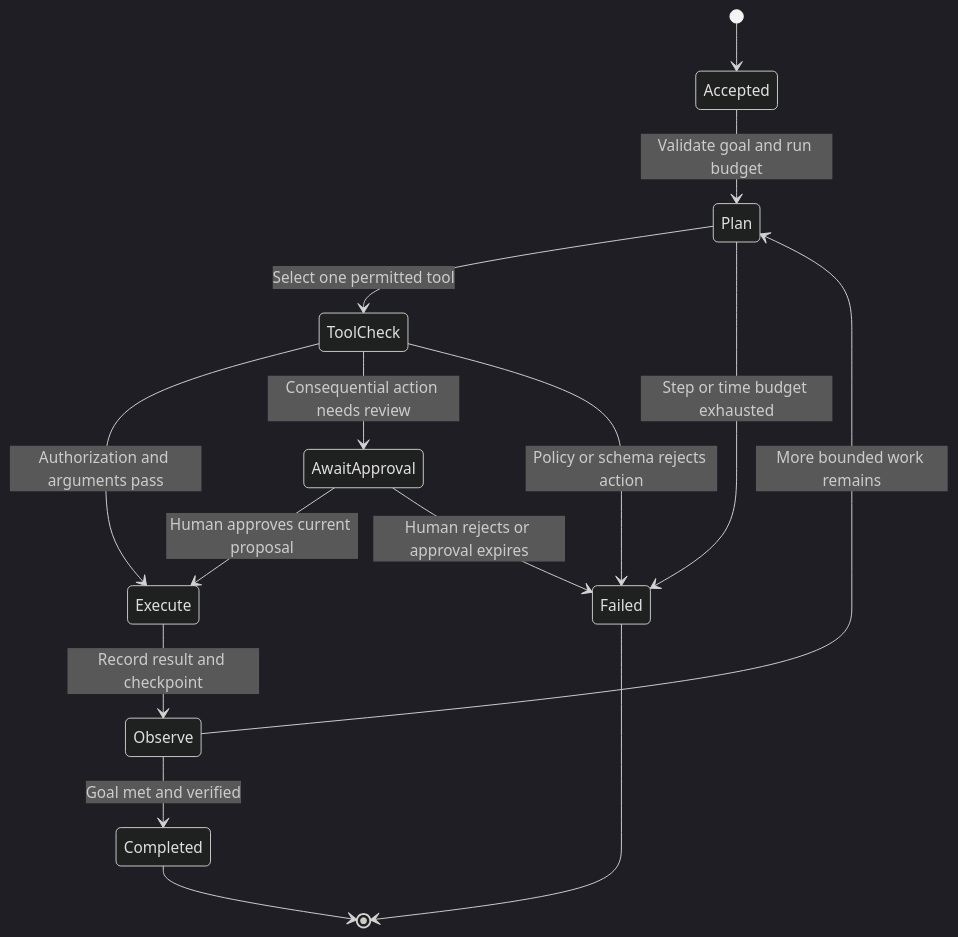
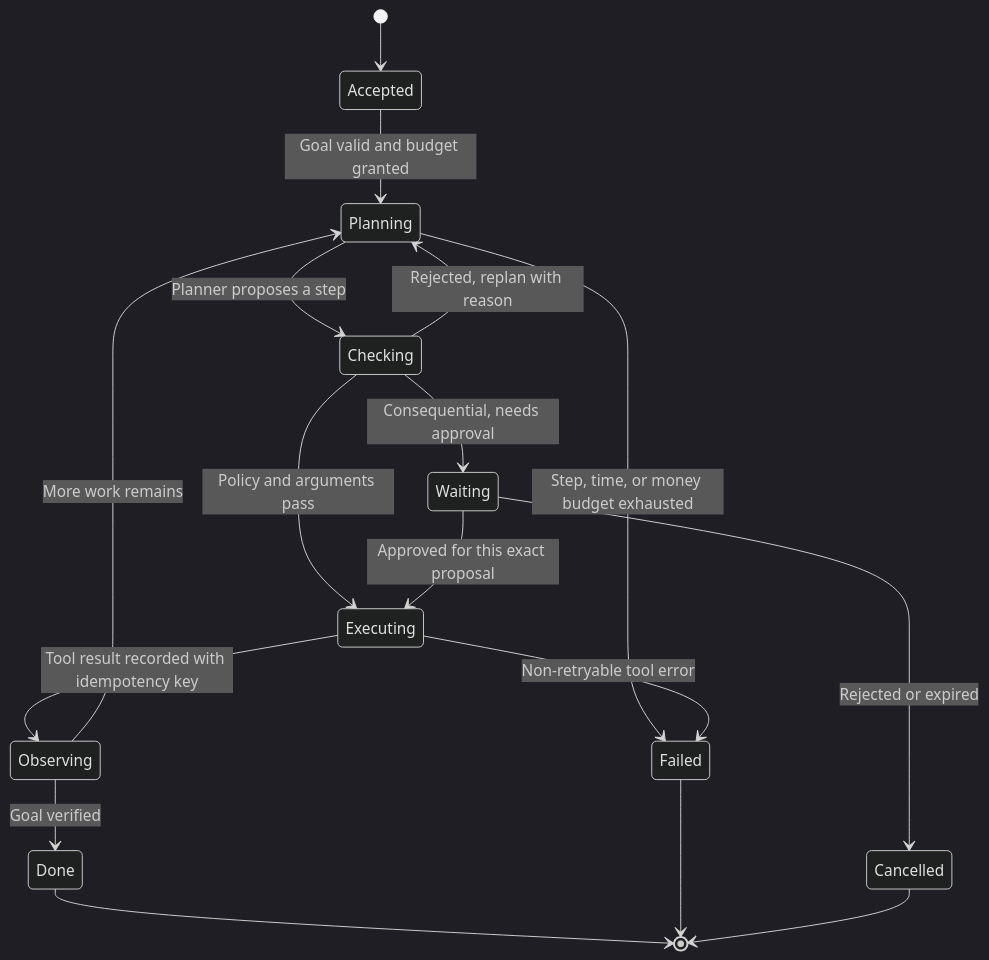
Before and after one commit to joydasss/Architect: the tenth of 20 diagrams in 17_AI_Architecture/CH03_Reference_Architectures_for_Predictive_Generative_and_Agentic_Systems.md, drawn with Mermaid (dark theme). The commit also changed other lines of this file and 295 other files, not shown here.

````diff
--- a/17_AI_Architecture/CH03_Reference_Architectures_for_Predictive_Generative_and_Agentic_Systems.md
+++ b/17_AI_Architecture/CH03_Reference_Architectures_for_Predictive_Generative_and_Agentic_Systems.md
@@ -80,17 +774,19 @@
 ```mermaid
 stateDiagram-v2
     [*] --> Accepted
-    Accepted --> Plan: Validate goal and run budget
-    Plan --> ToolCheck: Select one permitted tool
-    ToolCheck --> Execute: Authorization and arguments pass
-    ToolCheck --> AwaitApproval: Consequential action needs review
-    ToolCheck --> Failed: Policy or schema rejects action
-    AwaitApproval --> Execute: Human approves current proposal
-    AwaitApproval --> Failed: Human rejects or approval expires
-    Execute --> Observe: Record result and checkpoint
-    Observe --> Plan: More bounded work remains
-    Observe --> Completed: Goal met and verified
-    Plan --> Failed: Step or time budget exhausted
-    Completed --> [*]
+    Accepted --> Planning: Goal valid and budget granted
+    Planning --> Checking: Planner proposes a step
+    Planning --> Failed: Step, time, or money budget exhausted
+    Checking --> Executing: Policy and arguments pass
+    Checking --> Waiting: Consequential, needs approval
+    Checking --> Planning: Rejected, replan with reason
+    Waiting --> Executing: Approved for this exact proposal
+    Waiting --> Cancelled: Rejected or expired
+    Executing --> Observing: Tool result recorded with idempotency key
+    Executing --> Failed: Non-retryable tool error
+    Observing --> Planning: More work remains
+    Observing --> Done: Goal verified
+    Done --> [*]
     Failed --> [*]
+    Cancelled --> [*]
 ```
````
